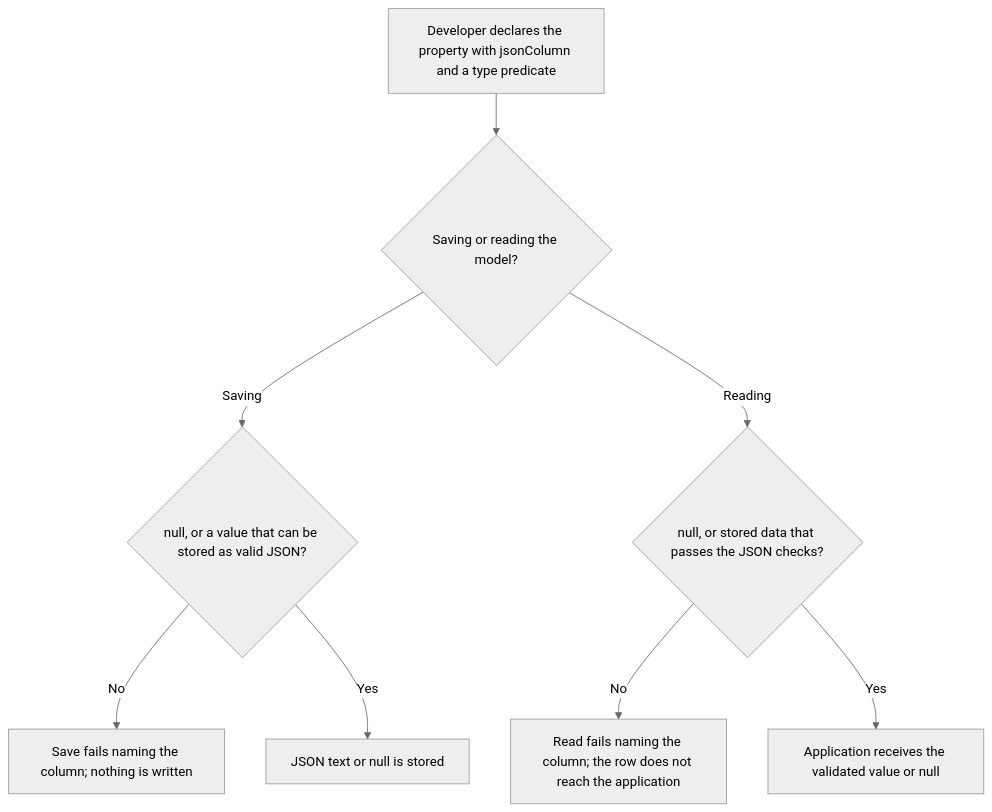
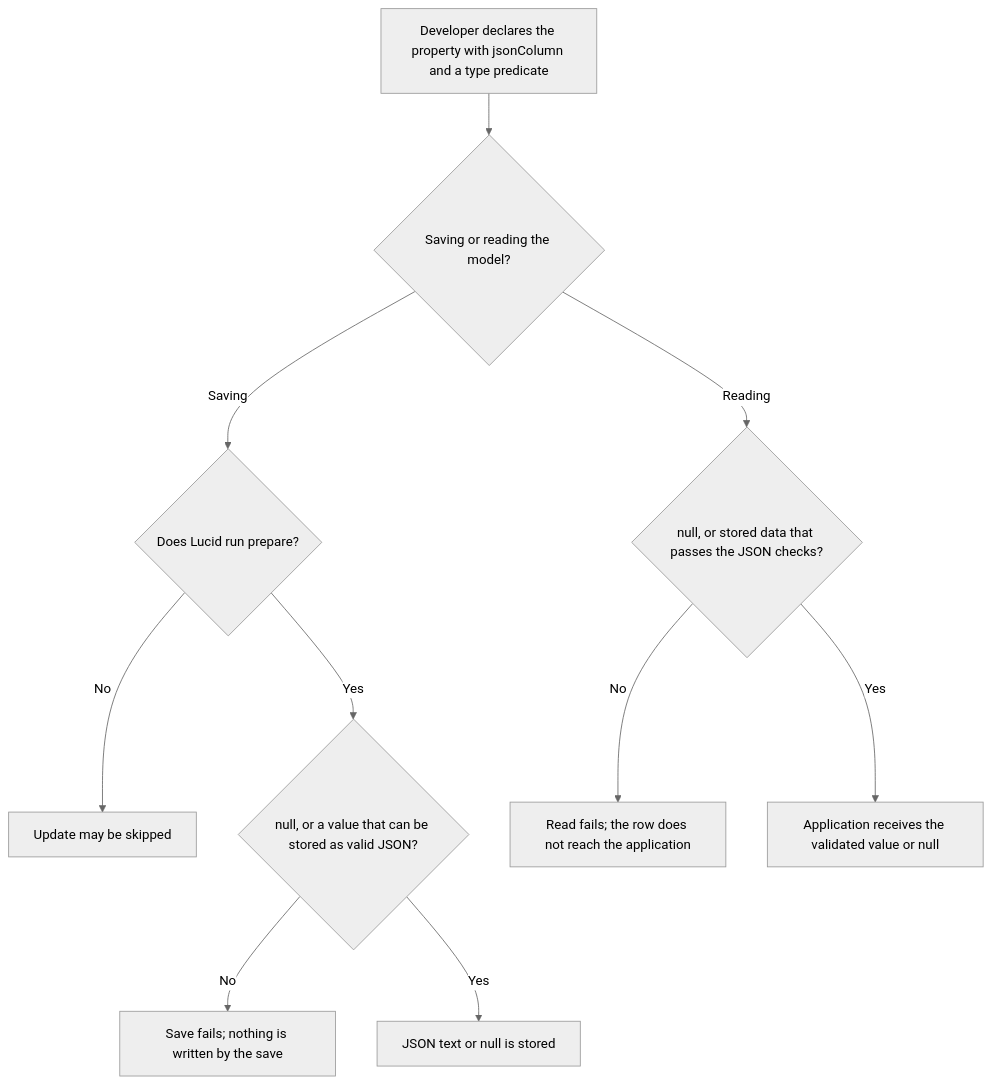
One commit to Kevinjohn/oss-adonisjs-lucid-checked-columns changed the first of 2 diagrams in user-stories/US-COLUMN-01-store-checked-json.md. Above: the diagram before and after it, drawn with Mermaid (neutral theme). The commit also changed other lines of this file and 7 other files, not shown here.

````diff
--- a/user-stories/US-COLUMN-01-store-checked-json.md
+++ b/user-stories/US-COLUMN-01-store-checked-json.md
@@ -31,10 +31,12 @@
 ```mermaid
 flowchart TD
     A["Developer declares the property with jsonColumn and a type predicate"] --> B{"Saving or reading the model?"}
-    B -->|Saving| C{"null, or a value that can be stored as valid JSON?"}
-    C -->|No| D["Save fails naming the column; nothing is written"]
+    B -->|Saving| S{"Does Lucid run prepare?"}
+    S -->|No| T["Update may be skipped"]
+    S -->|Yes| C{"null, or a value that can be stored as valid JSON?"}
+    C -->|No| D["Save fails; nothing is written by the save"]
     C -->|Yes| E["JSON text or null is stored"]
     B -->|Reading| F{"null, or stored data that passes the JSON checks?"}
-    F -->|No| G["Read fails naming the column; the row does not reach the application"]
+    F -->|No| G["Read fails; the row does not reach the application"]
     F -->|Yes| H["Application receives the validated value or null"]
 ```
````
